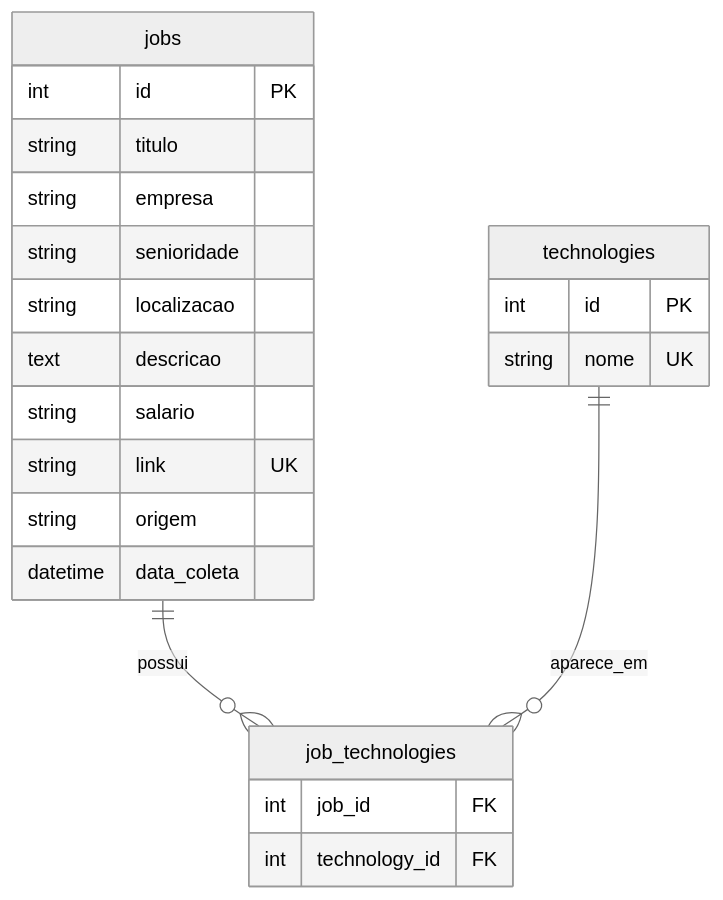
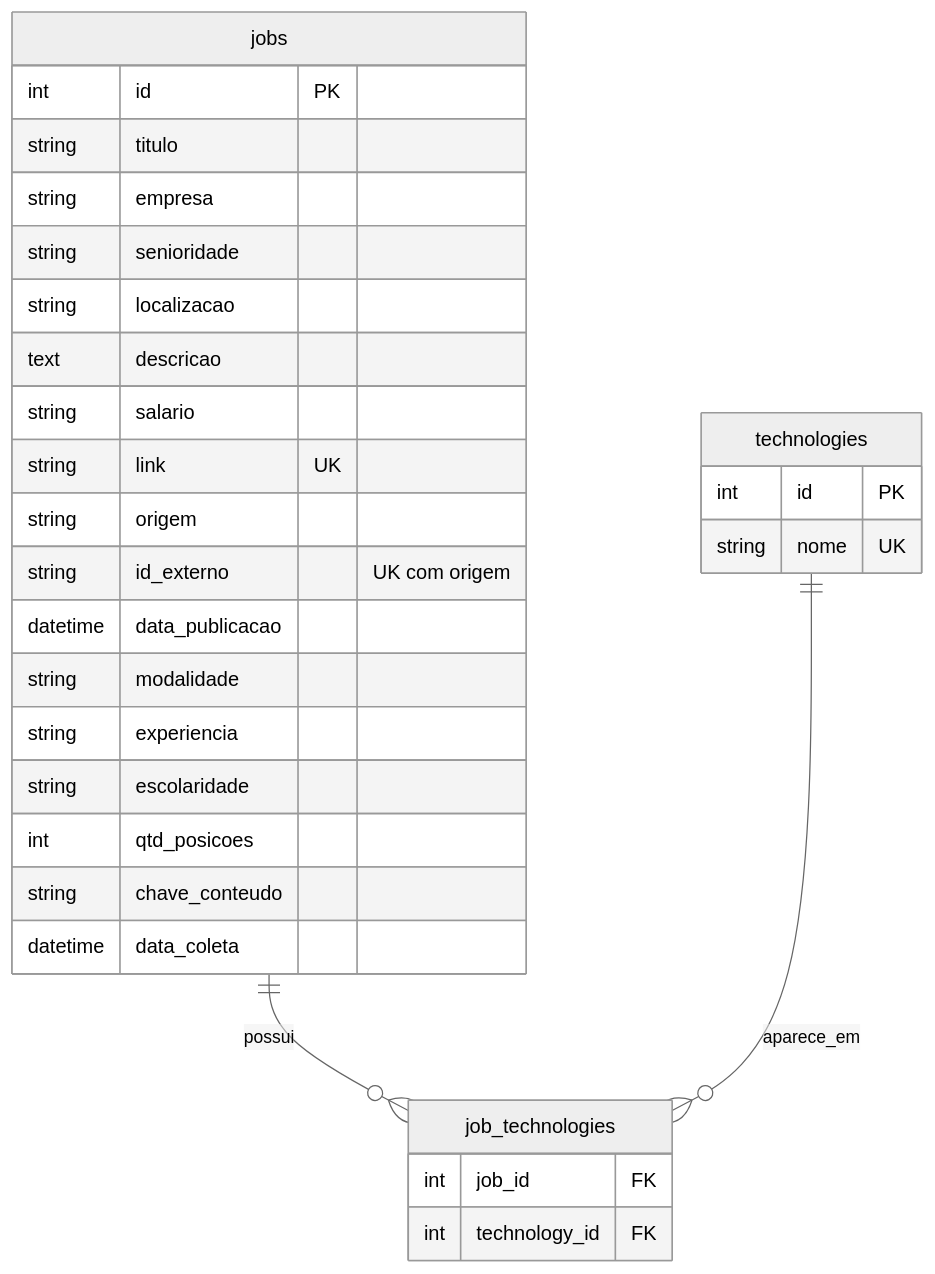
The second of 2 diagrams in README.md (Willian-Cruz/hub_vagas), drawn with Mermaid (neutral theme) before and after one commit. The commit also changed other lines of this file and 26 other files, not shown here.

Commit message:
fix: scrapers Vagas.com e InfoJobs, NULL em vez de placeholder, dedupe por ID e conteudo

````diff
--- a/README.md
+++ b/README.md
@@ -39,25 +40,32 @@
 ```mermaid
 erDiagram
     jobs ||--o{ job_technologies : possui
     technologies ||--o{ job_technologies : aparece_em
     jobs {
         int id PK
         string titulo
         string empresa
         string senioridade
         string localizacao
         text descricao
         string salario
         string link UK
         string origem
+        string id_externo "UK com origem"
+        datetime data_publicacao
+        string modalidade
+        string experiencia
+        string escolaridade
+        int qtd_posicoes
+        string chave_conteudo
         datetime data_coleta
     }
     technologies {
         int id PK
         string nome UK
     }
     job_technologies {
         int job_id FK
         int technology_id FK
     }
 ```
````
